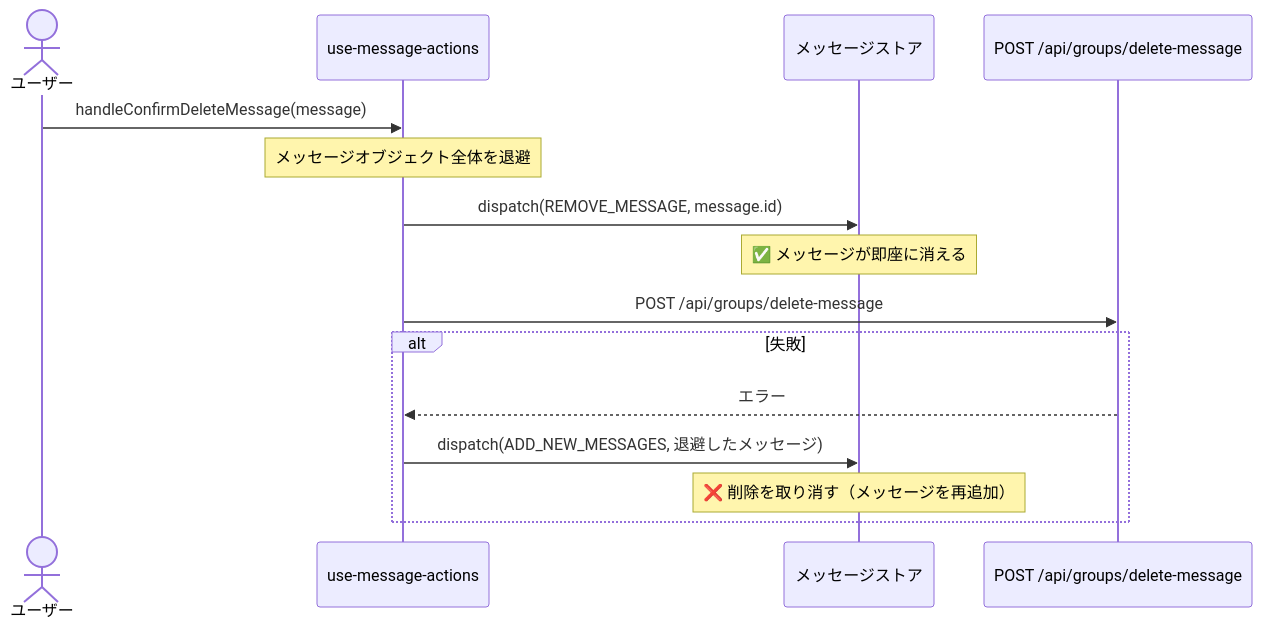
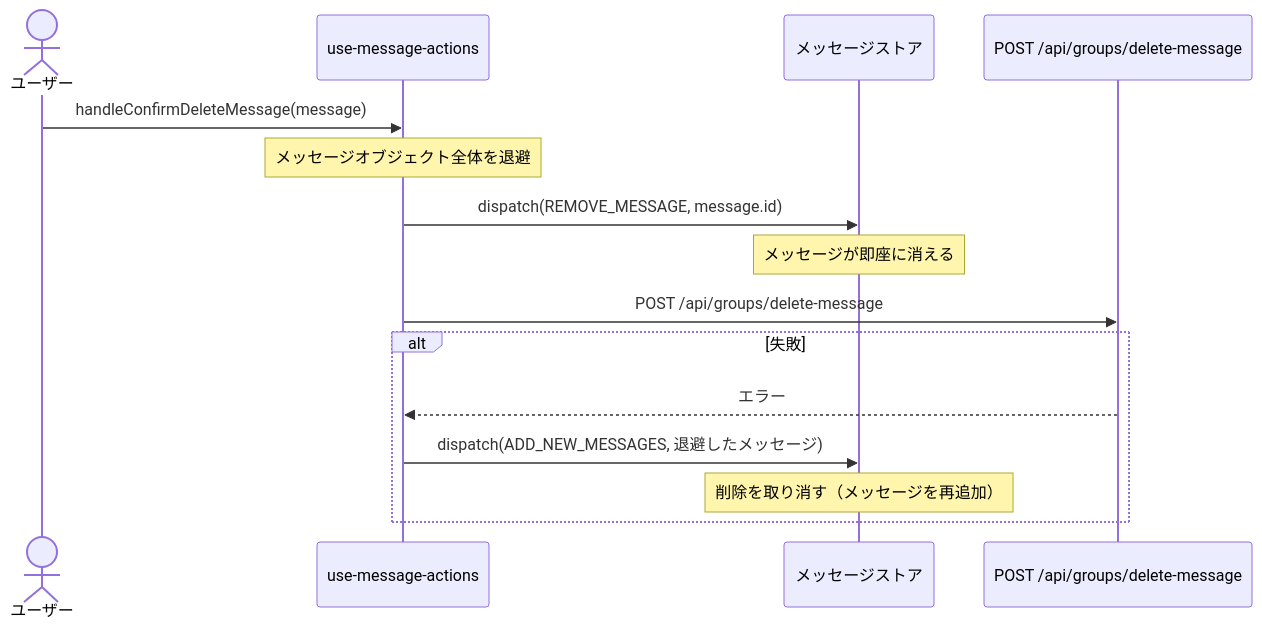
The fourth of 10 diagrams in docs/ja/details/group-chat-interactions.md (ScriptureHabit/scripture-habit), drawn with Mermaid before and after one commit. The commit also changed other lines of this file and 53 other files, not shown here.

````diff
--- a/docs/ja/details/group-chat-interactions.md
+++ b/docs/ja/details/group-chat-interactions.md
@@ -141,20 +141,20 @@
 ```mermaid
 sequenceDiagram
     actor ユーザー
     participant Hook as use-message-actions
     participant Store as メッセージストア
     participant API as POST /api/groups/delete-message
 
     ユーザー->>Hook: handleConfirmDeleteMessage(message)
     Note over Hook: メッセージオブジェクト全体を退避
     Hook->>Store: dispatch(REMOVE_MESSAGE, message.id)
-    Note over Store: ✅ メッセージが即座に消える
+    Note over Store: メッセージが即座に消える
 
     Hook->>API: POST /api/groups/delete-message
 
     alt 失敗
         API-->>Hook: エラー
         Hook->>Store: dispatch(ADD_NEW_MESSAGES, 退避したメッセージ)
-        Note over Store: ❌ 削除を取り消す（メッセージを再追加）
+        Note over Store: 削除を取り消す（メッセージを再追加）
     end
 ```
````
